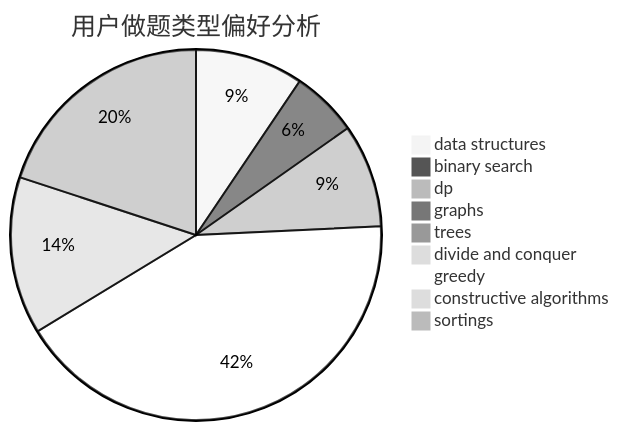
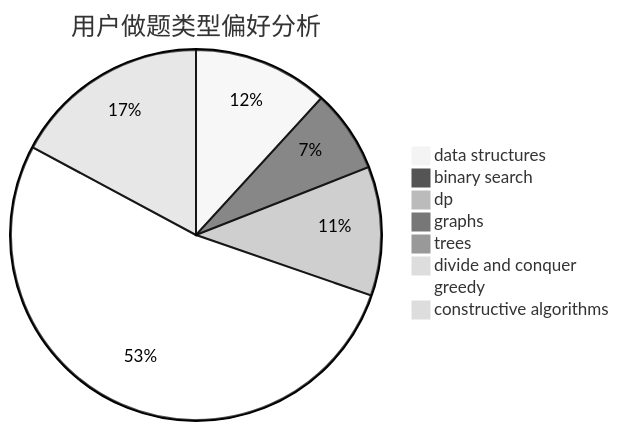
The second of 3 diagrams in docs/user/u1494.md (sherpahu/cfrs.github.io), drawn with Mermaid (neutral theme) before and after one commit. The commit also changed other lines of this file and 2769 other files, not shown here.

````diff
--- a/docs/user/u1494.md
+++ b/docs/user/u1494.md
@@ -18,12 +18,11 @@
 ```mermaid
 pie title 用户做题类型偏好分析
     "data structures" :  44
     "binary search" :  27
     "dp" :  42
     "graphs" :  0
     "trees" :  0
     "divide and conquer" :  0
     "greedy" :  196
     "constructive algorithms" :  64
-    "sortings" :  93
 ```
````
